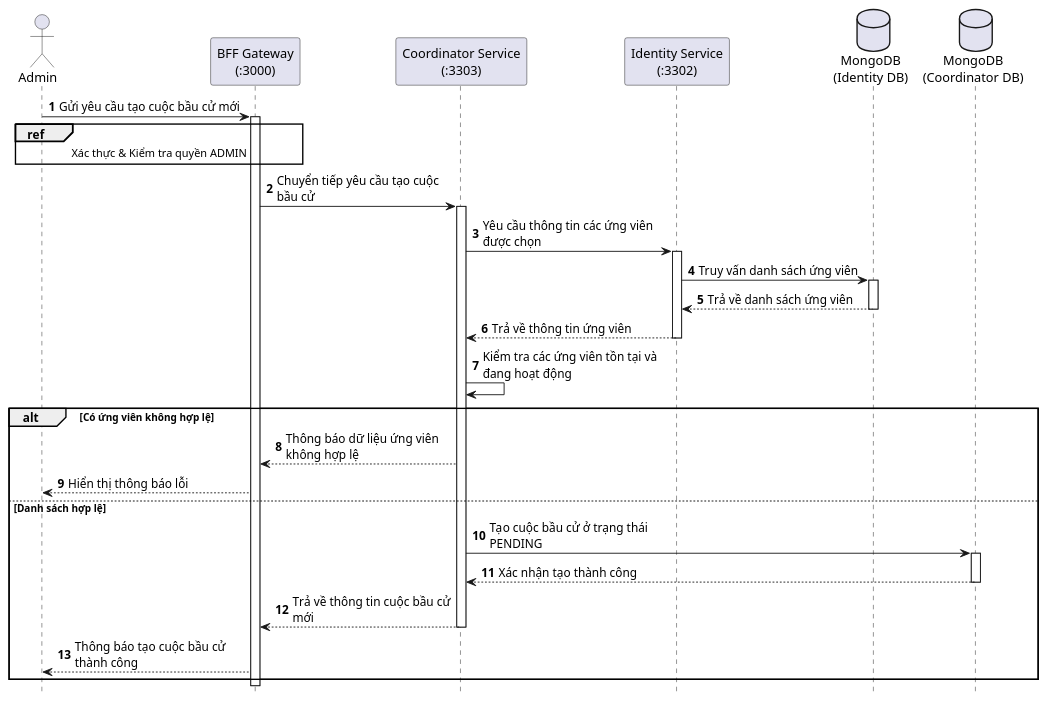
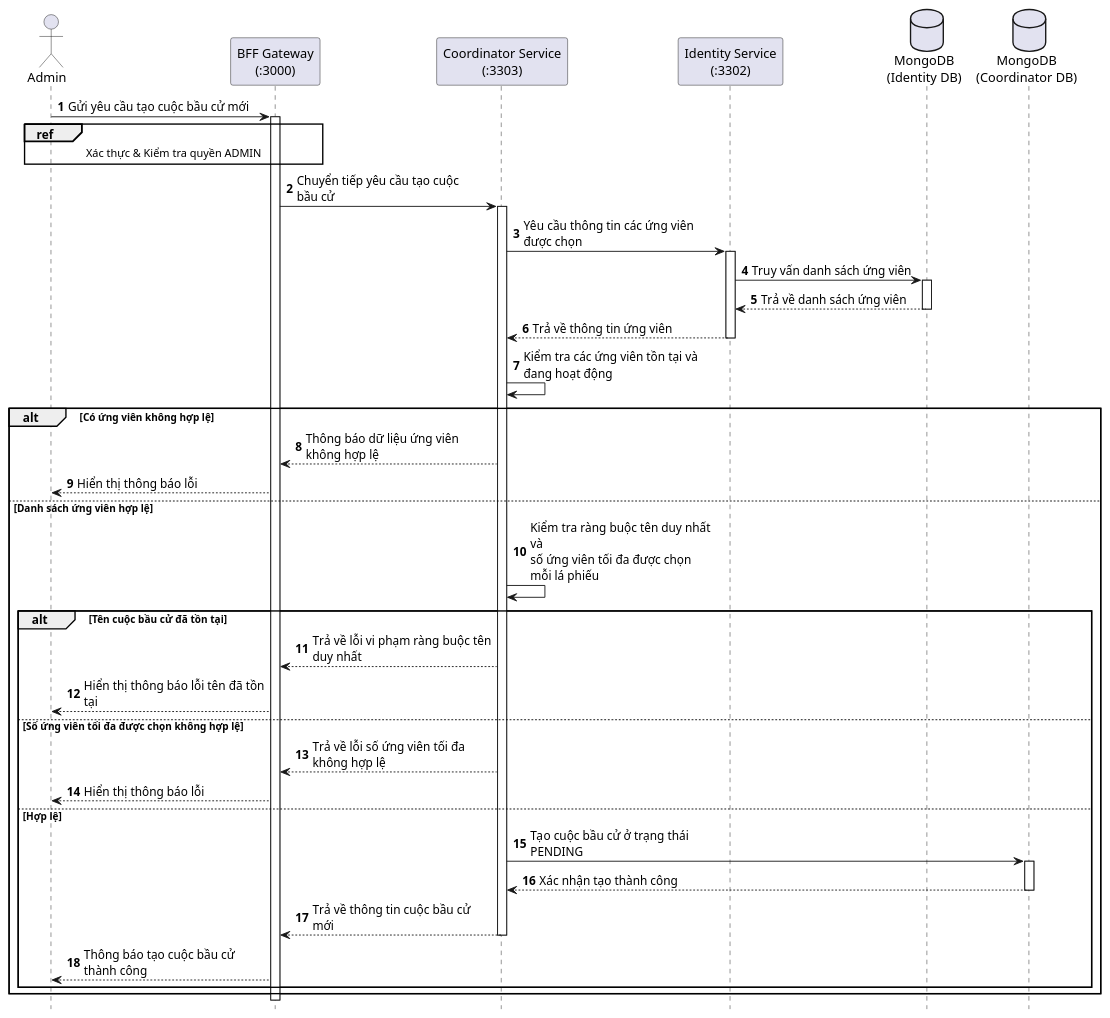
The diagram in PlantUML/Sequence/Tao-cuoc-bau-cu.puml (Tuienn/e-voting-latex), drawn with PlantUML before and after one commit. The commit also changed 61 other files, not shown here.

```diff
--- a/PlantUML/Sequence/Tao-cuoc-bau-cu.puml
+++ b/PlantUML/Sequence/Tao-cuoc-bau-cu.puml
@@ -1,48 +1,58 @@
 @startuml TaoCuocBauCu
 hide footbox
 autonumber
 skinparam maxMessageSize 200
 
 actor "Admin " as Admin
 participant "BFF Gateway\n(:3000)" as BFF
 participant "Coordinator Service\n(:3303)" as Coordinator
 participant "Identity Service\n(:3302)" as Identity
 database "MongoDB\n(Identity DB)" as IdDB
 database "MongoDB\n(Coordinator DB)" as CoDB
 
 Admin -> BFF: Gửi yêu cầu tạo cuộc bầu cử mới
 activate BFF
 
 ref over Admin, BFF : Xác thực & Kiểm tra quyền ADMIN
 
 BFF -> Coordinator: Chuyển tiếp yêu cầu tạo cuộc bầu cử
 activate Coordinator
 
 Coordinator -> Identity: Yêu cầu thông tin các ứng viên được chọn
 activate Identity
 Identity -> IdDB: Truy vấn danh sách ứng viên
 activate IdDB
 IdDB --> Identity: Trả về danh sách ứng viên
 deactivate IdDB
 Identity --> Coordinator: Trả về thông tin ứng viên
 deactivate Identity
 
 Coordinator -> Coordinator: Kiểm tra các ứng viên tồn tại và đang hoạt động
 
 alt Có ứng viên không hợp lệ
   Coordinator --> BFF: Thông báo dữ liệu ứng viên không hợp lệ
   BFF --> Admin: Hiển thị thông báo lỗi
-else Danh sách hợp lệ
-  Coordinator -> CoDB: Tạo cuộc bầu cử ở trạng thái PENDING
-  activate CoDB
-  CoDB --> Coordinator: Xác nhận tạo thành công
-  deactivate CoDB
+else Danh sách ứng viên hợp lệ
+  Coordinator -> Coordinator: Kiểm tra ràng buộc tên duy nhất và\nsố ứng viên tối đa được chọn mỗi lá phiếu
 
-  Coordinator --> BFF: Trả về thông tin cuộc bầu cử mới
-  deactivate Coordinator
+  alt Tên cuộc bầu cử đã tồn tại
+    Coordinator --> BFF: Trả về lỗi vi phạm ràng buộc tên duy nhất
+    BFF --> Admin: Hiển thị thông báo lỗi tên đã tồn tại
+  else Số ứng viên tối đa được chọn không hợp lệ
+    Coordinator --> BFF: Trả về lỗi số ứng viên tối đa không hợp lệ
+    BFF --> Admin: Hiển thị thông báo lỗi
+  else Hợp lệ
+    Coordinator -> CoDB: Tạo cuộc bầu cử ở trạng thái PENDING
+    activate CoDB
+    CoDB --> Coordinator: Xác nhận tạo thành công
+    deactivate CoDB
 
-  BFF --> Admin: Thông báo tạo cuộc bầu cử thành công
+    Coordinator --> BFF: Trả về thông tin cuộc bầu cử mới
+    deactivate Coordinator
+
+    BFF --> Admin: Thông báo tạo cuộc bầu cử thành công
+  end
 end
 
 deactivate BFF
 @enduml
```
